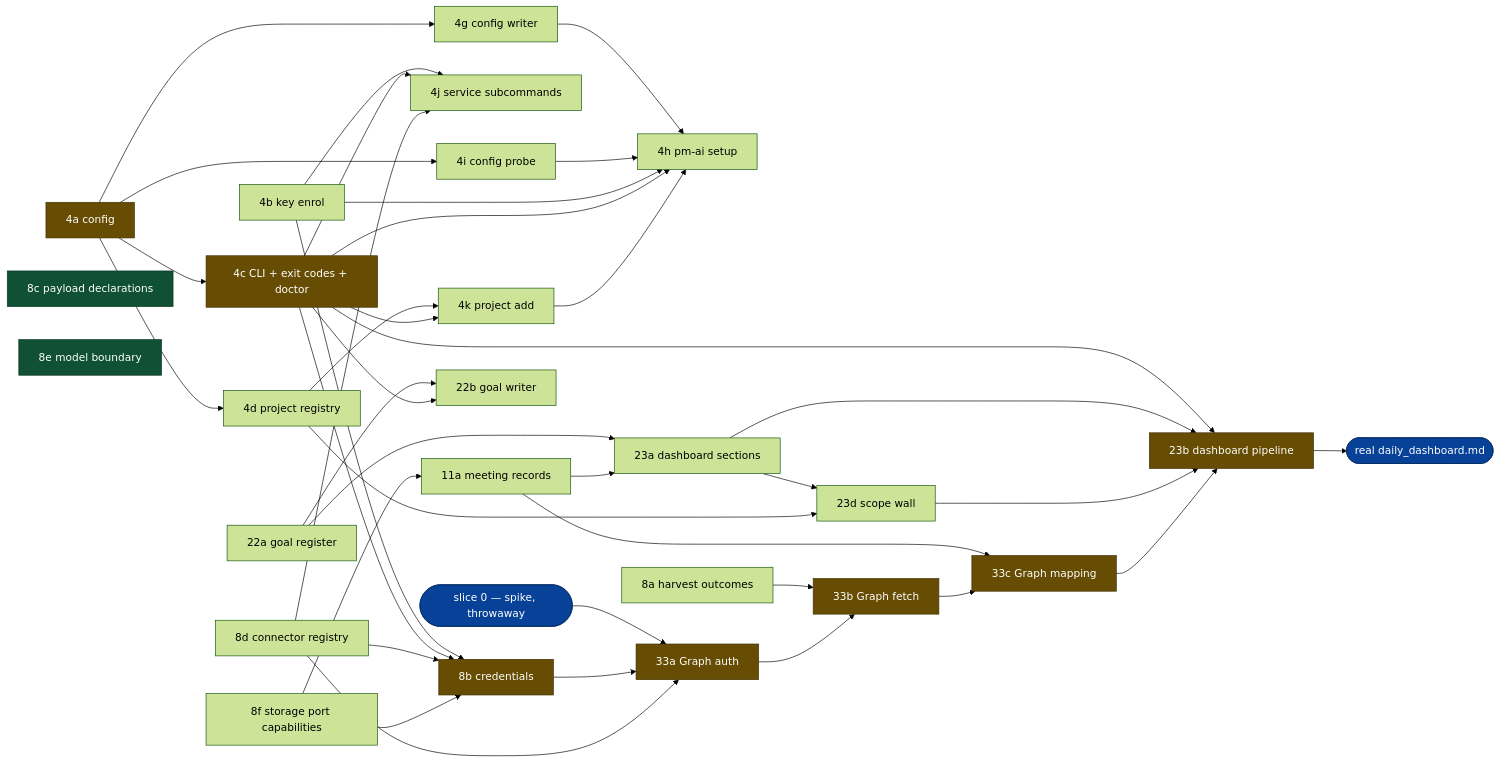
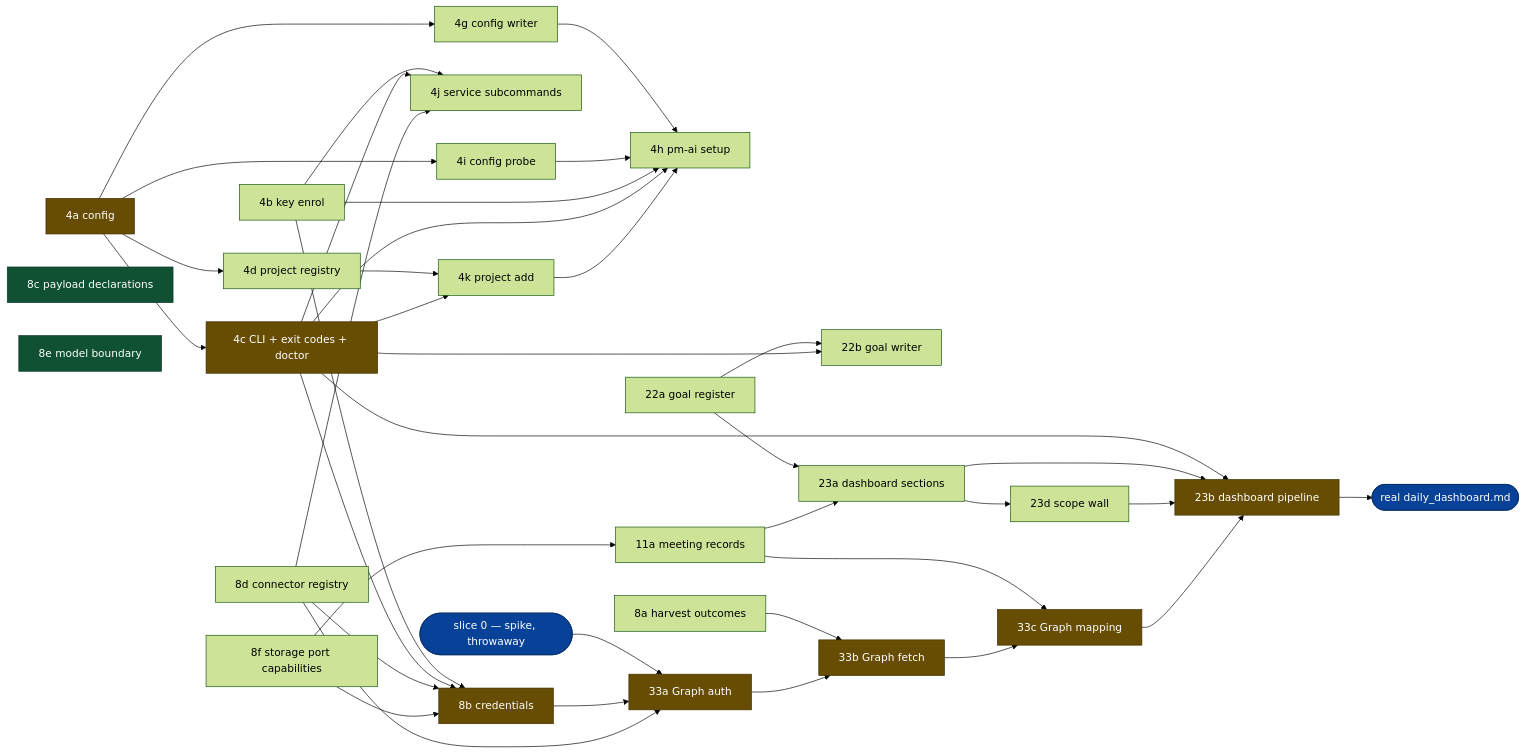
One commit to aramaniuk/pm-ai changed the third of 3 diagrams in _bmad-output/implementation-artifacts/prototype-path-2026-09-01.md. Above: the diagram before and after it, drawn with Mermaid (forest theme). The commit also changed other lines of this file and 6 other files, not shown here.

````diff
--- a/_bmad-output/implementation-artifacts/prototype-path-2026-09-01.md
+++ b/_bmad-output/implementation-artifacts/prototype-path-2026-09-01.md
@@ -251,74 +251,73 @@
 ```mermaid
 flowchart LR
     s0(["slice 0 — spike, throwaway"])
     s4a["4a config"]
     s4b["4b key enrol"]
     s4c["4c CLI + exit codes + doctor"]
     s4j["4j service subcommands"]
     s4d["4d project registry"]
     s4k["4k project add"]
     s4g["4g config writer"]
     s4i["4i config probe"]
     s4h["4h pm-ai setup"]
     s8a["8a harvest outcomes"]
     s8d["8d connector registry"]
     s8f["8f storage port capabilities"]
     s8b["8b credentials"]
     s8c["8c payload declarations"]
     s8e["8e model boundary"]
     s11a["11a meeting records"]
     s22a["22a goal register"]
     s22b["22b goal writer"]
     s33a["33a Graph auth"]
     s33b["33b Graph fetch"]
     s33c["33c Graph mapping"]
     s23a["23a dashboard sections"]
     s23d["23d scope wall"]
     s23b["23b dashboard pipeline"]
     done(["real daily_dashboard.md"])
 
     s0 --> s33a
     s4a --> s4c
     s4b --> s4j
     s4c --> s4j
     s8d --> s4j
     s4a --> s4d
     s4a --> s4g
     s4g --> s4h
     s4a --> s4i
     s4i --> s4h
     s4b --> s4h
     s4c --> s4h
     s4d --> s4k
     s4c --> s4k
     s4k --> s4h
     s4b --> s8b
     s4c --> s8b
     s8d --> s8b
     s8f --> s8b
     s8f --> s11a
     s8b --> s33a
     s8d --> s33a
     s8a --> s33b
     s33a --> s33b
     s11a --> s33c
     s33b --> s33c
     s22a --> s22b
     s4c --> s22b
     s22a --> s23a
     s11a --> s23a
     s23a --> s23d
-    s4d --> s23d
     s4c --> s23b
     s23a --> s23b
     s23d --> s23b
     s33c --> s23b
     s23b --> done
 
     classDef crit fill:#664d03,stroke:#413003,color:#ffffff
     classDef island fill:#0f5132,stroke:#0a3622,color:#ffffff
     classDef goal fill:#084298,stroke:#052c65,color:#ffffff
     class s4a,s4c,s8b,s33a,s33b,s33c,s23b crit
     class s8c,s8e island
     class done,s0 goal
 ```
````
